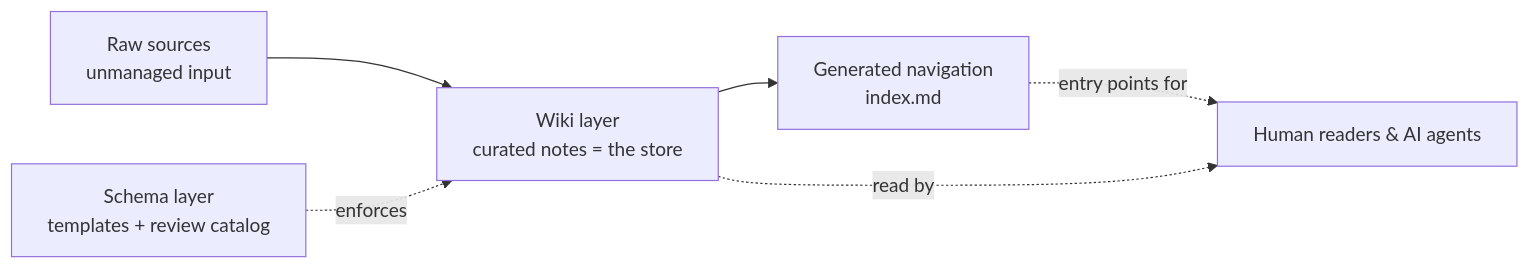
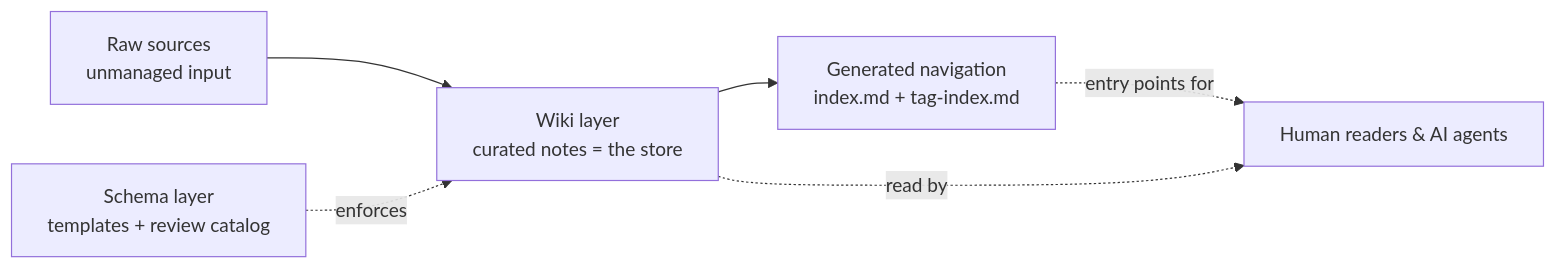
One commit to DaveR-ui/DocumentationAsAService changed the diagram in README.md. Above: the diagram before and after it, drawn with Mermaid. The commit also changed other lines of this file and 26 other files, not shown here.

````diff
--- a/README.md
+++ b/README.md
@@ -44,8 +58,8 @@
 ```mermaid
 flowchart LR
     R[Raw sources<br/>unmanaged input] --> W[Wiki layer<br/>curated notes = the store]
     S[Schema layer<br/>templates + review catalog] -.enforces.-> W
-    W --> I[Generated navigation<br/>index.md]
+    W --> I[Generated navigation<br/>index.md + tag-index.md]
     I -.entry points for.-> A[Human readers & AI agents]
     W -.read by.-> A
 ```
````
